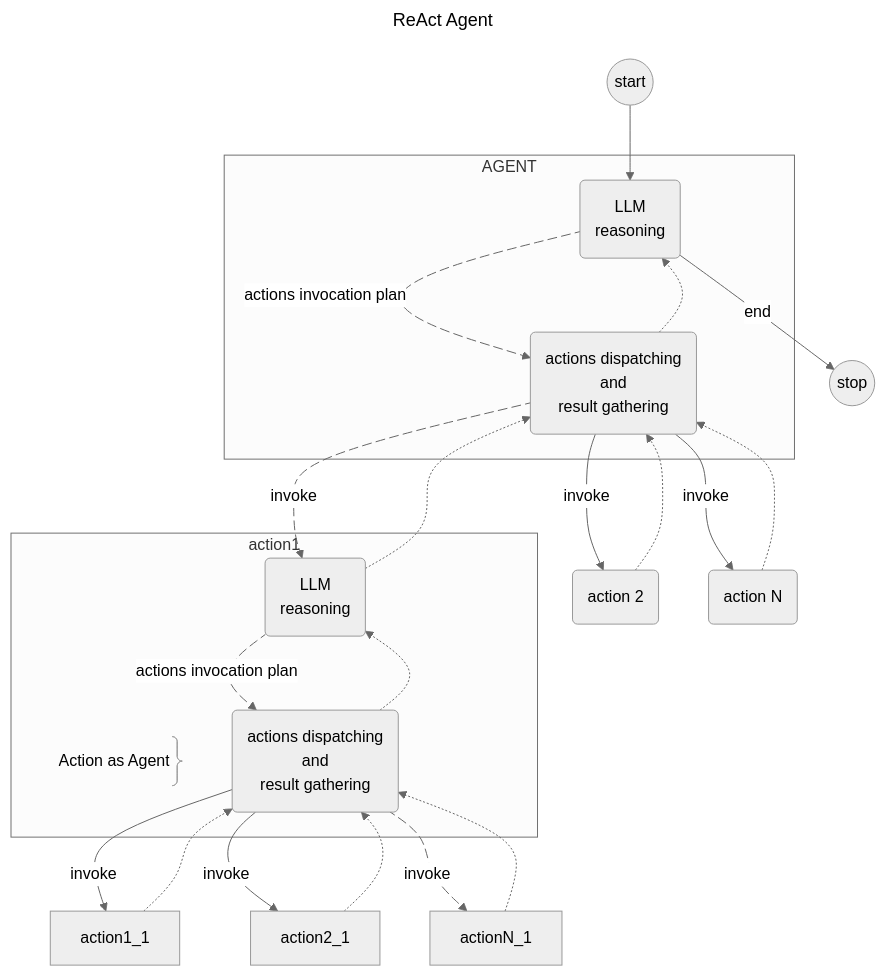
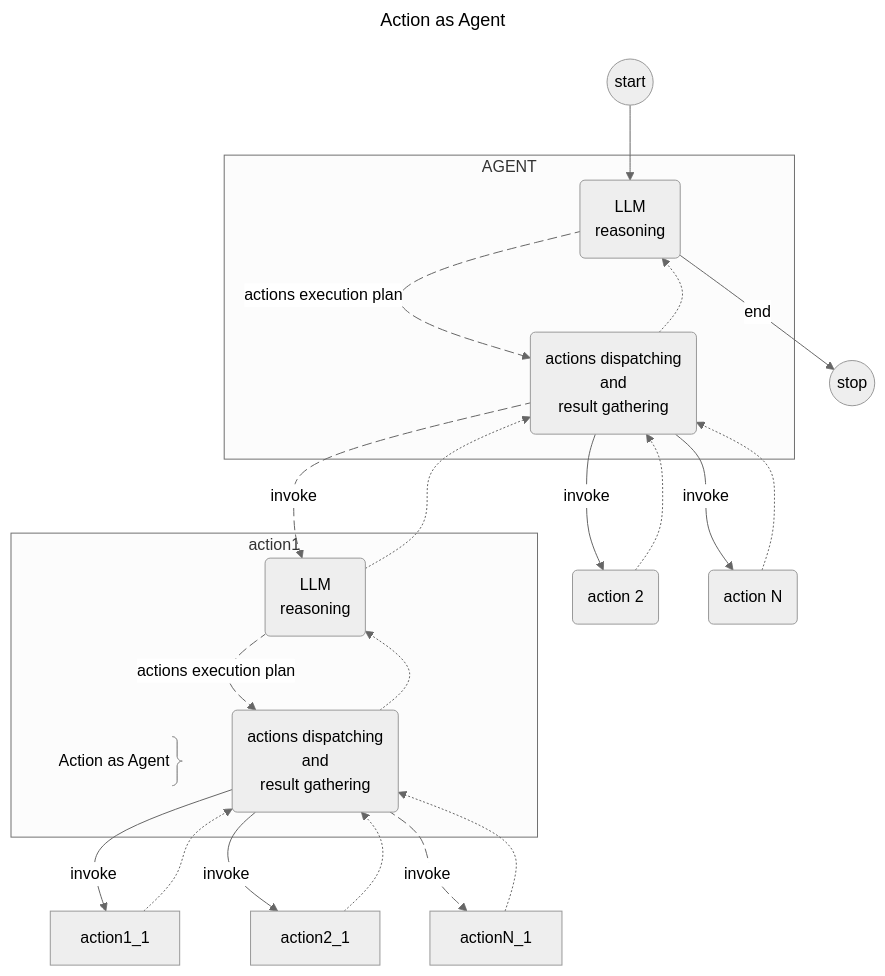
The second of 3 diagrams in samples/agents-handoff/README.md (bsorrentino/langgraph4j), drawn with Mermaid (neutral theme) before and after one commit. The commit also changed other lines of this file and 1 other file, not shown here.

````diff
--- a/samples/agents-handoff/README.md
+++ b/samples/agents-handoff/README.md
@@ -59,57 +60,57 @@
 ```mermaid
 ---
-title: ReAct Agent
+title: Action as Agent
 ---
 flowchart TD
 	__START__((start))
 	__END__((stop))
     action1("action 1") 
     action2("action 2") 
     actionN("action N") 
 	__START__ --> LLM
 
     subgraph action1
         A@{ shape: brace-r, label: "Action as Agent" }
         LLM_1("LLM
         reasoning")
     	actions_1("actions dispatching
         and 
         result gathering")
-	    LLM_1 e1_1@-->|actions invocation plan| actions_1
+	    LLM_1 e1_1@-->|actions execution plan| actions_1
     end
 
     actions_1 -.-> LLM_1
     actions_1 -->|invoke| action1_1
     actions_1 -->|invoke| action2_1
     actions_1 e2_1@-->|invoke| actionN_1
     action1_1 -.-> actions_1
     action2_1 -.-> actions_1
     actionN_1 -.-> actions_1
 
     subgraph AGENT
         LLM("LLM
         reasoning") 
         actions("actions dispatching
         and 
         result gathering")
-        LLM e1@-->|actions invocation plan| actions
+        LLM e1@-->|actions execution plan| actions
   	end
 
     actions -->|invoke| action2
     actions -->|invoke| actionN    
     action2 -.-> actions
     actionN -.-> actions
     actions -.-> LLM
 
     LLM -->|end| __END__
     
     actions e2@-->|invoke| LLM_1
 
     LLM_1 -.-> actions
 
 e1@{ animate: true }     
 e2@{ animate: true }     
 e1_1@{ animate: true }     
 e2_1@{ animate: true }     
 
 ```
````
